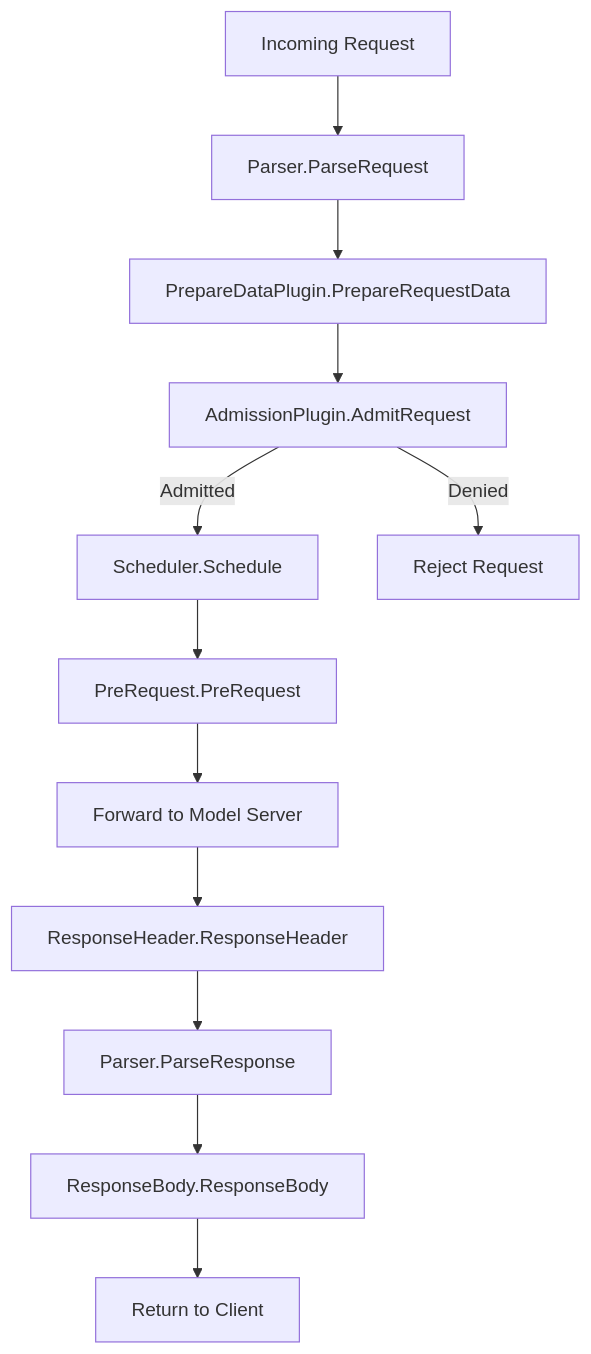
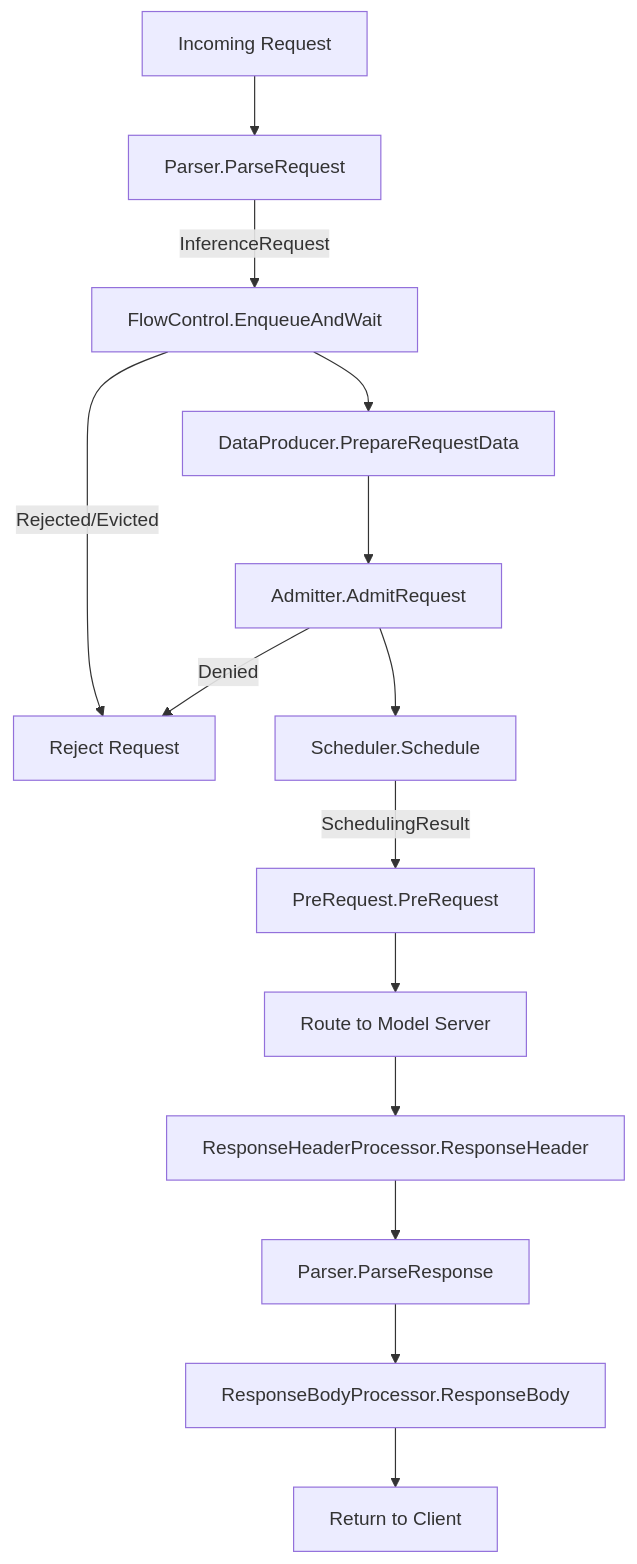
One commit to zetxqx/llm-d changed the diagram in docs/wip-docs-new/architecture/core/epp/request-handling.md. Above: the diagram before and after it, drawn with Mermaid. The commit also changed other lines of this file, not shown here.

````diff
--- a/docs/wip-docs-new/architecture/core/epp/request-handling.md
+++ b/docs/wip-docs-new/architecture/core/epp/request-handling.md
@@ -9,14 +9,16 @@
 ```mermaid
 flowchart TD
     Req[Incoming Request] --> Parse[Parser.ParseRequest]
-    Parse --> Prep[PrepareDataPlugin.PrepareRequestData]
-    Prep --> Admit[AdmissionPlugin.AdmitRequest]
-    Admit -->|Admitted| S[Scheduler.Schedule]
-    Admit -->|Denied| Reject[Reject Request]
-    S --> PreReq[PreRequest.PreRequest]
-    PreReq --> Forward[Forward to Model Server]
-    Forward --> RespHead[ResponseHeader.ResponseHeader]
+    Parse -->|InferenceRequest| FC[FlowControl.EnqueueAndWait]
+    FC --> Prep[DataProducer.PrepareRequestData]
+    FC -->|Rejected/Evicted| Reject[Reject Request]
+    Prep --> Admit[Admitter.AdmitRequest]
+    Admit --> S[Scheduler.Schedule]
+    Admit -->|Denied| Reject
+    S -->|SchedulingResult| PreReq[PreRequest.PreRequest]
+    PreReq --> Route[Route to Model Server]
+    Route --> RespHead[ResponseHeaderProcessor.ResponseHeader]
     RespHead --> ParseResp[Parser.ParseResponse]
-    ParseResp --> RespBody[ResponseBody.ResponseBody]
+    ParseResp --> RespBody[ResponseBodyProcessor.ResponseBody]
     RespBody --> Client[Return to Client]
 ```
````
